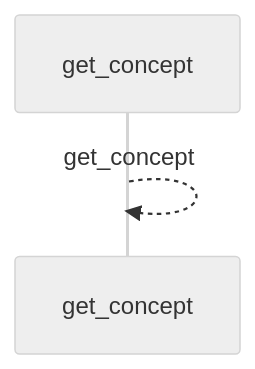
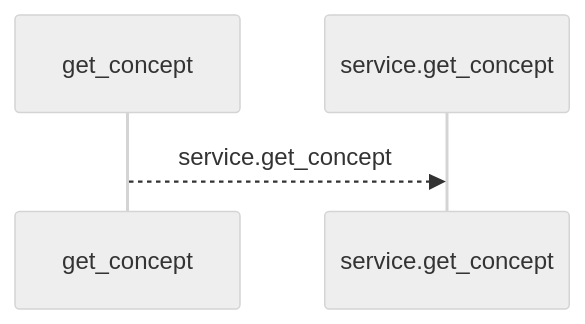
The first of 2 diagrams in docs/llm_wiki/flows/mcp-get_concept.md (Denissvgn/python-wiki-llm), drawn with Mermaid (neutral theme) before and after one commit. The commit also changed other lines of this file and 719 other files, not shown here.

````diff
--- a/docs/llm_wiki/flows/mcp-get_concept.md
+++ b/docs/llm_wiki/flows/mcp-get_concept.md
@@ -10,5 +10,6 @@
 ```mermaid
 sequenceDiagram
     participant p0 as get_concept
-    p0-->>p0: get_concept
+    participant p1 as service.get_concept
+    p0-->>p1: service.get_concept
 ```
````
